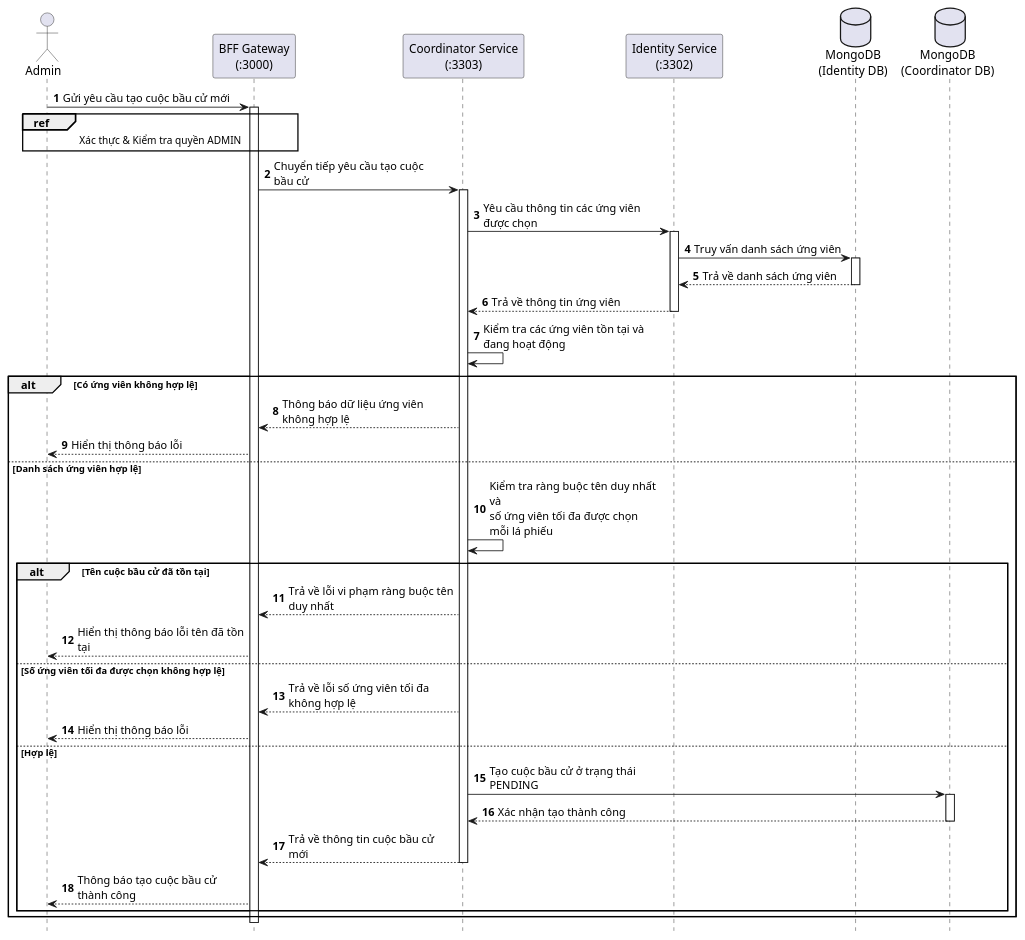
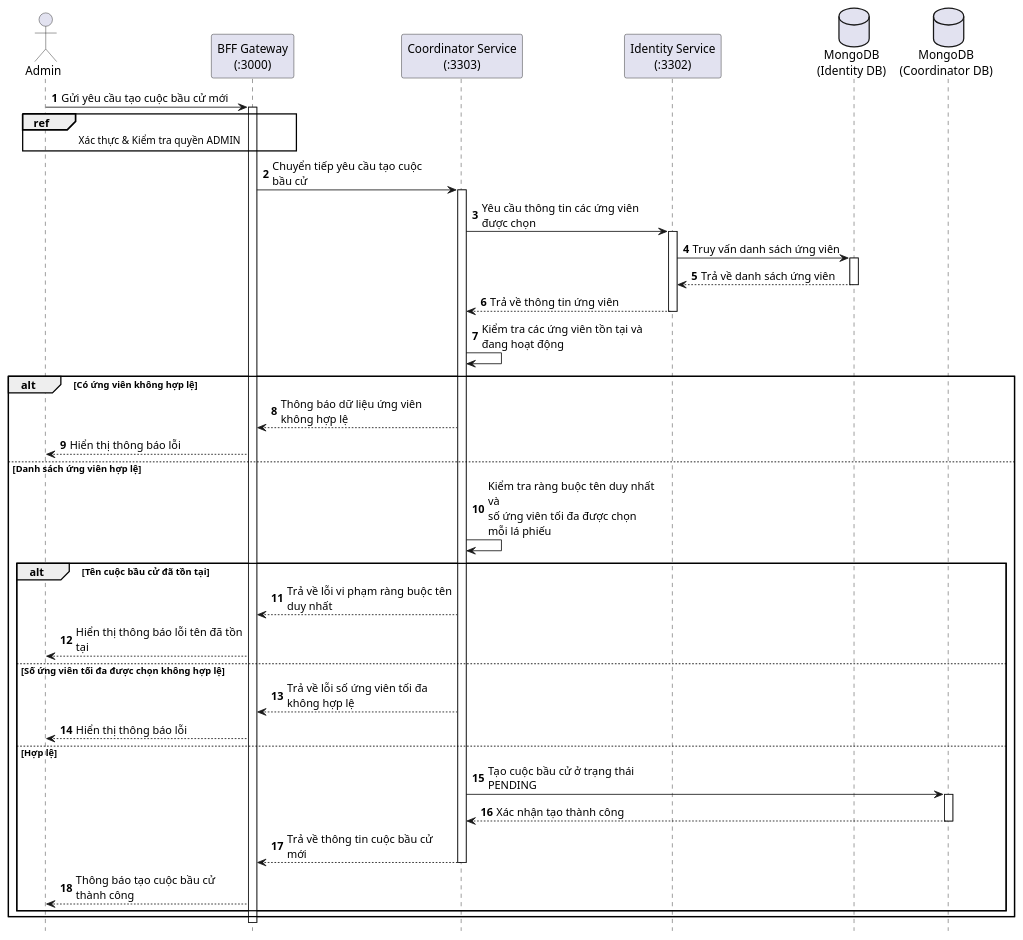
Before and after one commit to Tuienn/e-voting-latex: the diagram in PlantUML/Sequence/Tao-cuoc-bau-cu.puml, drawn with PlantUML. The commit also changed 54 other files, not shown here.

```diff
--- a/PlantUML/Sequence/Tao-cuoc-bau-cu.puml
+++ b/PlantUML/Sequence/Tao-cuoc-bau-cu.puml
@@ -1,58 +1,58 @@
 @startuml TaoCuocBauCu
 hide footbox
 autonumber
 skinparam maxMessageSize 200
 
-actor "Admin " as Admin
+actor "Admin" as Admin
 participant "BFF Gateway\n(:3000)" as BFF
 participant "Coordinator Service\n(:3303)" as Coordinator
 participant "Identity Service\n(:3302)" as Identity
 database "MongoDB\n(Identity DB)" as IdDB
 database "MongoDB\n(Coordinator DB)" as CoDB
 
 Admin -> BFF: Gửi yêu cầu tạo cuộc bầu cử mới
 activate BFF
 
 ref over Admin, BFF : Xác thực & Kiểm tra quyền ADMIN
 
 BFF -> Coordinator: Chuyển tiếp yêu cầu tạo cuộc bầu cử
 activate Coordinator
 
 Coordinator -> Identity: Yêu cầu thông tin các ứng viên được chọn
 activate Identity
 Identity -> IdDB: Truy vấn danh sách ứng viên
 activate IdDB
 IdDB --> Identity: Trả về danh sách ứng viên
 deactivate IdDB
 Identity --> Coordinator: Trả về thông tin ứng viên
 deactivate Identity
 
 Coordinator -> Coordinator: Kiểm tra các ứng viên tồn tại và đang hoạt động
 
 alt Có ứng viên không hợp lệ
   Coordinator --> BFF: Thông báo dữ liệu ứng viên không hợp lệ
   BFF --> Admin: Hiển thị thông báo lỗi
 else Danh sách ứng viên hợp lệ
   Coordinator -> Coordinator: Kiểm tra ràng buộc tên duy nhất và\nsố ứng viên tối đa được chọn mỗi lá phiếu
 
   alt Tên cuộc bầu cử đã tồn tại
     Coordinator --> BFF: Trả về lỗi vi phạm ràng buộc tên duy nhất
     BFF --> Admin: Hiển thị thông báo lỗi tên đã tồn tại
   else Số ứng viên tối đa được chọn không hợp lệ
     Coordinator --> BFF: Trả về lỗi số ứng viên tối đa không hợp lệ
     BFF --> Admin: Hiển thị thông báo lỗi
   else Hợp lệ
     Coordinator -> CoDB: Tạo cuộc bầu cử ở trạng thái PENDING
     activate CoDB
     CoDB --> Coordinator: Xác nhận tạo thành công
     deactivate CoDB
 
     Coordinator --> BFF: Trả về thông tin cuộc bầu cử mới
     deactivate Coordinator
 
     BFF --> Admin: Thông báo tạo cuộc bầu cử thành công
   end
 end
 
 deactivate BFF
 @enduml
```
